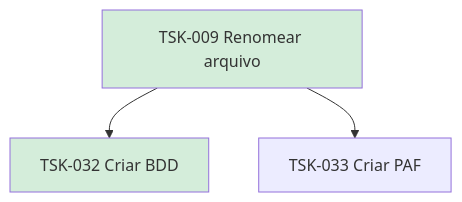
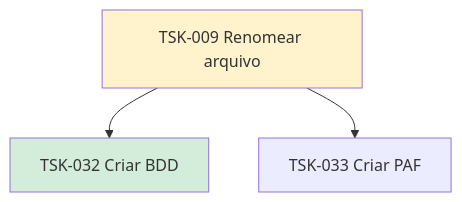
One commit to laerciogermano/workstation changed the diagram in flow/tasks/TSK-001-criar-epico/TSK-002-criar-as-historias/TSK-003-explorar/TSK-009-renomear-arquivo/README.md. Above: the diagram before and after it, drawn with Mermaid. The commit also changed other lines of this file and 53 other files, not shown here.

````diff
--- a/flow/tasks/TSK-001-criar-epico/TSK-002-criar-as-historias/TSK-003-explorar/TSK-009-renomear-arquivo/README.md
+++ b/flow/tasks/TSK-001-criar-epico/TSK-002-criar-as-historias/TSK-003-explorar/TSK-009-renomear-arquivo/README.md
@@ -12,10 +12,10 @@
 ```mermaid
 flowchart TD
   T009[TSK-009 Renomear arquivo]
   T032[TSK-032 Criar BDD]
   T033[TSK-033 Criar PAF]
   T009 --> T032
   T009 --> T033
-  style T009 fill:#d4edda
+  style T009 fill:#fff3cd
   style T032 fill:#d4edda
 ```
````
